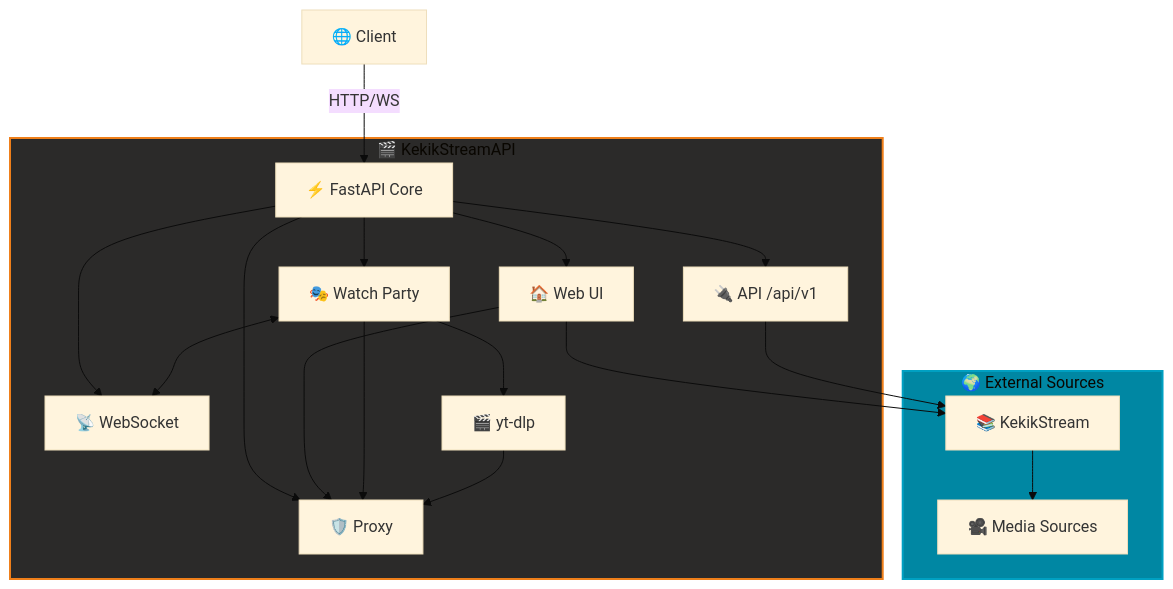
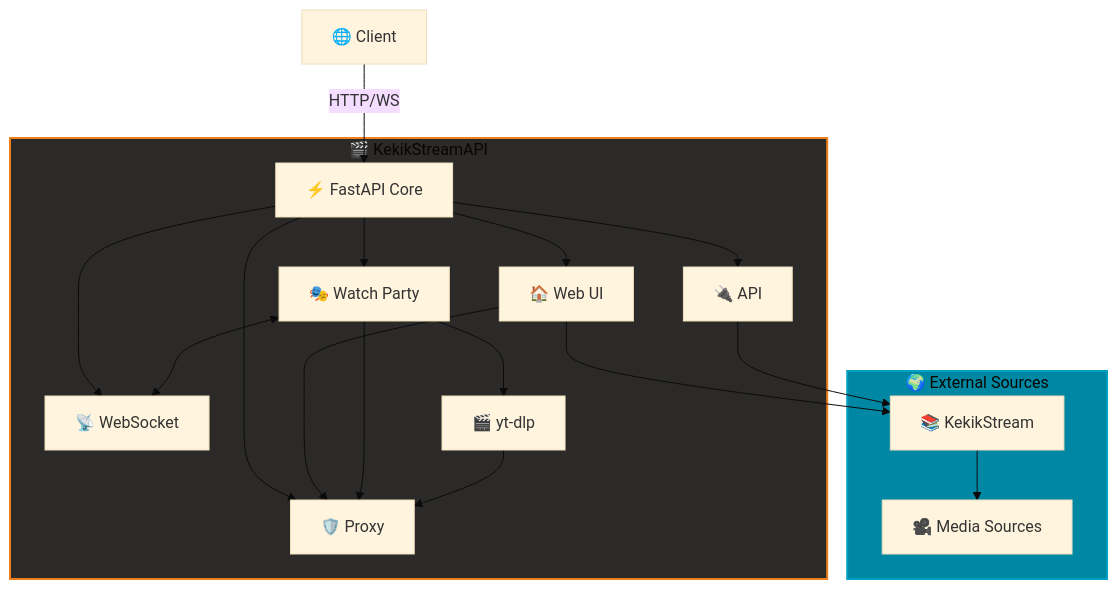
One commit to keyiflerolsun/KekikStreamAPI changed the diagram in README.md. Above: the diagram before and after it, drawn with Mermaid (base theme). The commit also changed other lines of this file, not shown here.

````diff
--- a/README.md
+++ b/README.md
@@ -46,41 +46,41 @@
 ```mermaid
 graph TB
     Client[🌐 Client]
     
     subgraph KekikStreamAPI[🎬 KekikStreamAPI]
         FastAPI[⚡ FastAPI Core]
         Home[🏠 Web UI]
-        API[🔌 API /api/v1]
+        API[🔌 API]
         WatchParty[🎭 Watch Party]
         WSS[📡 WebSocket]
         Proxy[🛡️ Proxy]
         YtDlp[🎬 yt-dlp]
     end
     
     subgraph External[🌍 External Sources]
         KekikStream[📚 KekikStream]
         MediaSources[🎥 Media Sources]
     end
     
     Client -->|HTTP/WS| FastAPI
     FastAPI --> Home
     FastAPI --> API
     FastAPI --> WatchParty
     FastAPI --> WSS
     FastAPI --> Proxy
     
     Home --> KekikStream
     Home --> Proxy
     
     API --> KekikStream
 
     WatchParty <--> WSS
     WatchParty --> Proxy
     WatchParty --> YtDlp
 
     YtDlp --> Proxy
     KekikStream --> MediaSources
 
     style KekikStreamAPI fill:#2b2a29,stroke:#ef7f1a,stroke-width:2px
     style External fill:#0087a3,stroke:#00a0c2,stroke-width:2px
 ```
````
